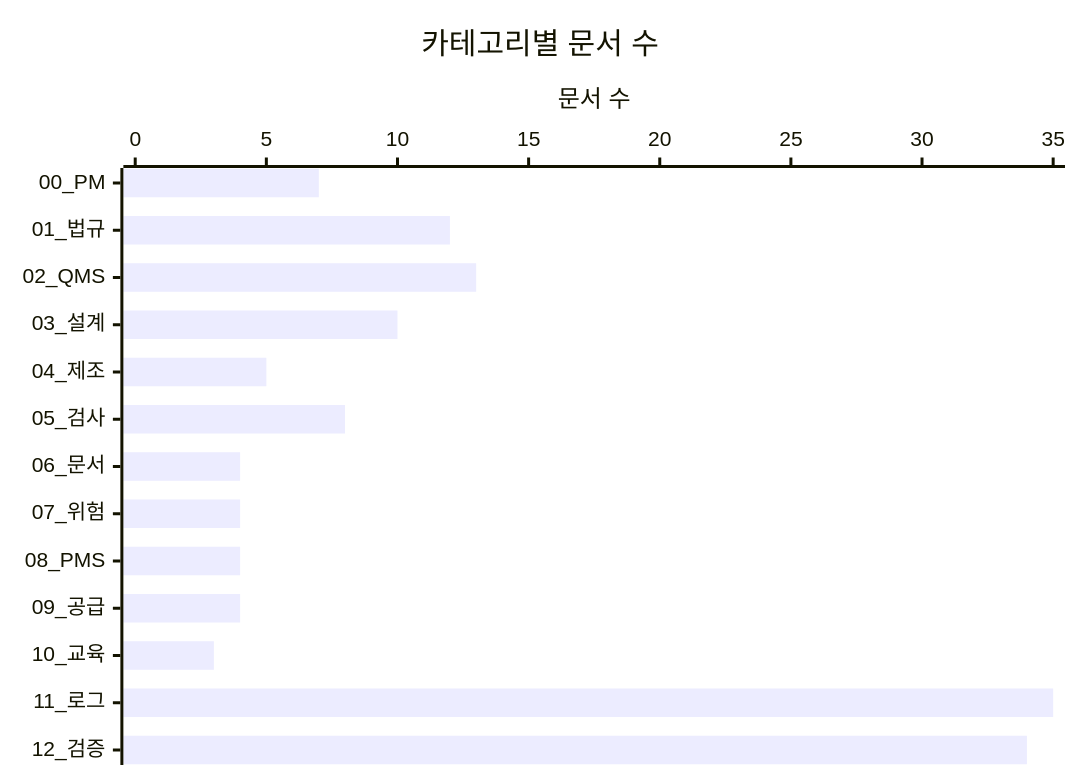
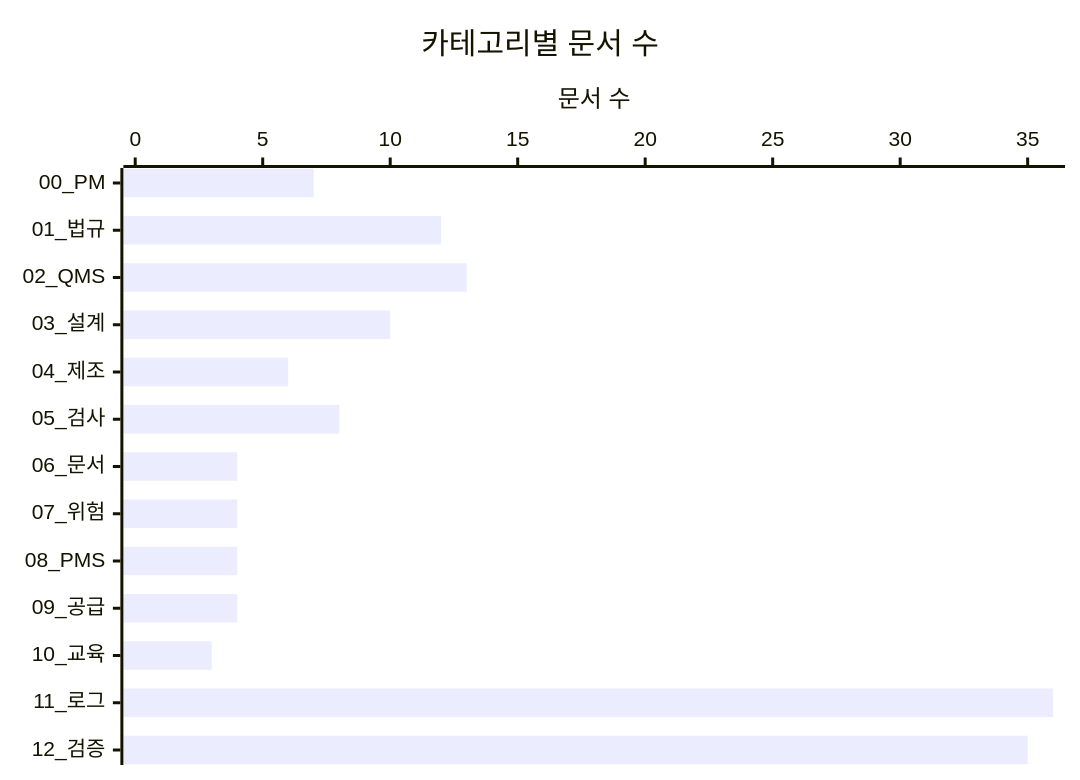
Before and after one commit to holee9/MD-process: the second of 4 diagrams in README.md, drawn with Mermaid. The commit also changed other lines of this file, not shown here.

````diff
--- a/README.md
+++ b/README.md
@@ -98,8 +98,8 @@
 ```mermaid
 %%{init: {"theme":"default"}}%%
 xychart-beta horizontal
     title "카테고리별 문서 수"
     x-axis ["00_PM","01_법규","02_QMS","03_설계","04_제조","05_검사","06_문서","07_위험","08_PMS","09_공급","10_교육","11_로그","12_검증"]
-    y-axis "문서 수" 0 --> 35
-    bar [7,12,13,10,5,8,4,4,4,4,3,35,34]
+    y-axis "문서 수" 0 --> 36
+    bar [7,12,13,10,6,8,4,4,4,4,3,36,35]
 ```
````
